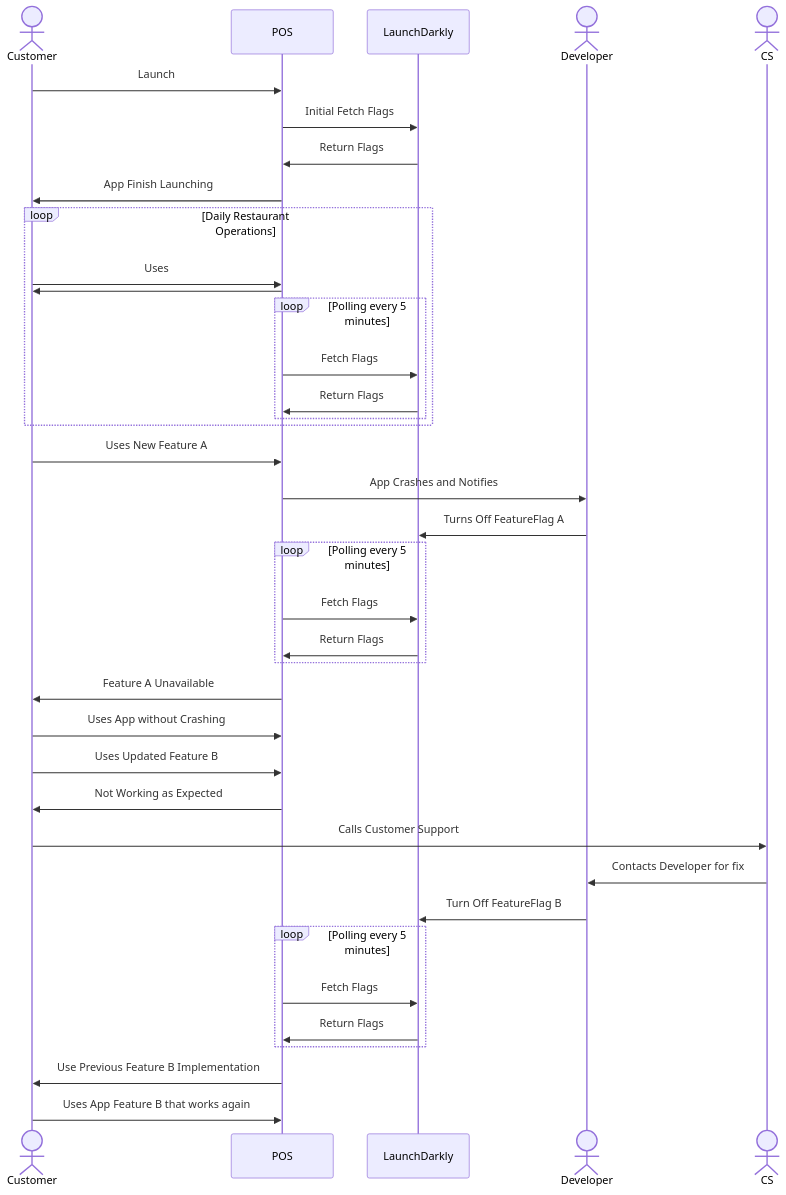
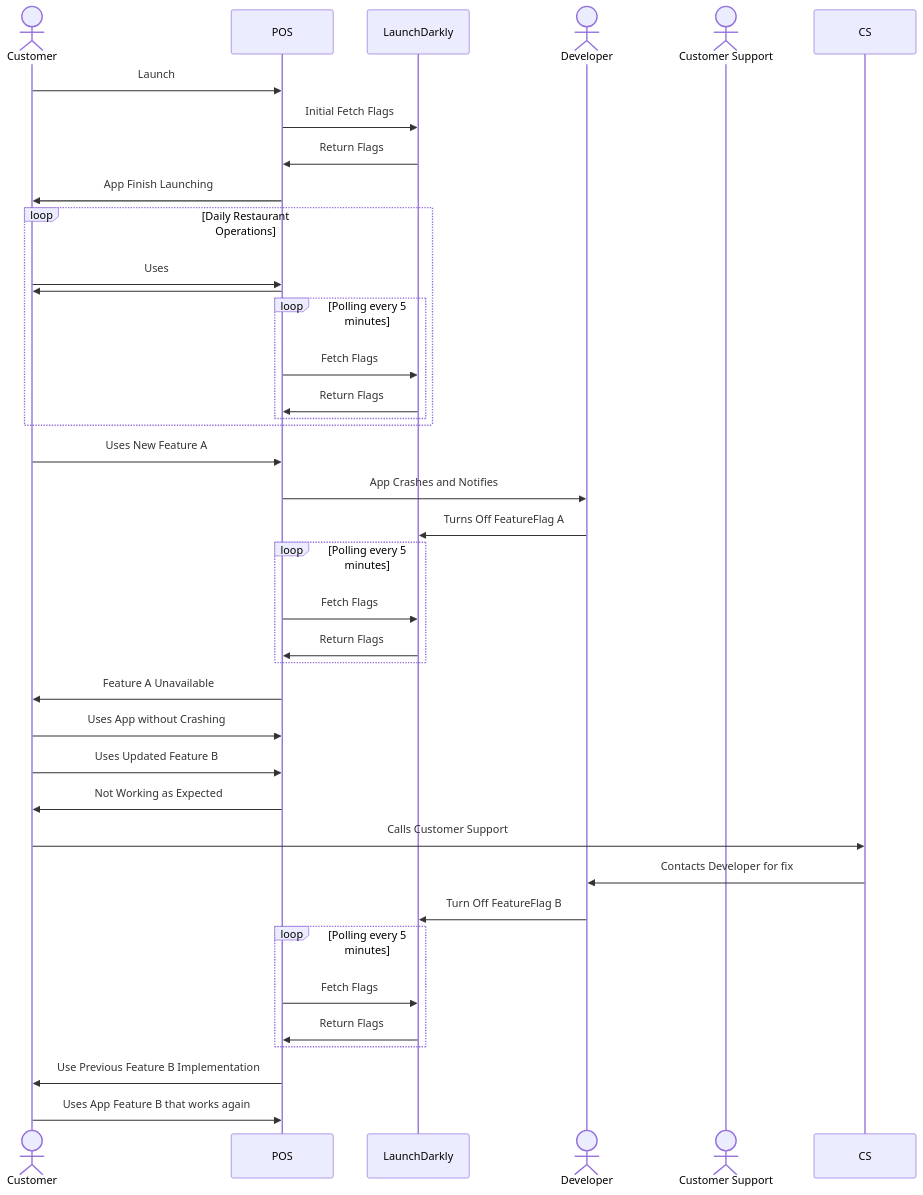
Before and after one commit to escakot/public-images: the third of 4 diagrams in FeatureFlag.md, drawn with Mermaid.

````diff
--- a/FeatureFlag.md
+++ b/FeatureFlag.md
@@ -55,41 +55,41 @@
 ```mermaid
 sequenceDiagram
     actor Customer
     participant POS
     participant LaunchDarkly
     actor Developer
-    actor CS
+    actor Customer Support
     
     Customer->>POS: Launch
     POS->>LaunchDarkly: Initial Fetch Flags
     LaunchDarkly->>POS: Return Flags
     POS->>Customer: App Finish Launching
     loop Daily Restaurant Operations
         Customer->>POS: Uses 
         POS->>Customer:  
         loop Polling every 5 minutes
             POS->>LaunchDarkly: Fetch Flags
             LaunchDarkly->>POS: Return Flags
         end
     end
     Customer->>POS: Uses New Feature A
     POS->>Developer: App Crashes and Notifies
     Developer->>LaunchDarkly: Turns Off FeatureFlag A
     loop Polling every 5 minutes
         POS->>LaunchDarkly: Fetch Flags
         LaunchDarkly->>POS: Return Flags
     end
     POS->>Customer: Feature A Unavailable
     Customer->>POS: Uses App without Crashing
     Customer->>POS: Uses Updated Feature B
     POS->>Customer: Not Working as Expected
     Customer->>CS: Calls Customer Support
     CS->>Developer: Contacts Developer for fix
     Developer->>LaunchDarkly: Turn Off FeatureFlag B
     loop Polling every 5 minutes
         POS->>LaunchDarkly: Fetch Flags
         LaunchDarkly->>POS: Return Flags
     end
     POS->>Customer: Use Previous Feature B Implementation 
     Customer->>POS: Uses App Feature B that works again 
 ```
````
